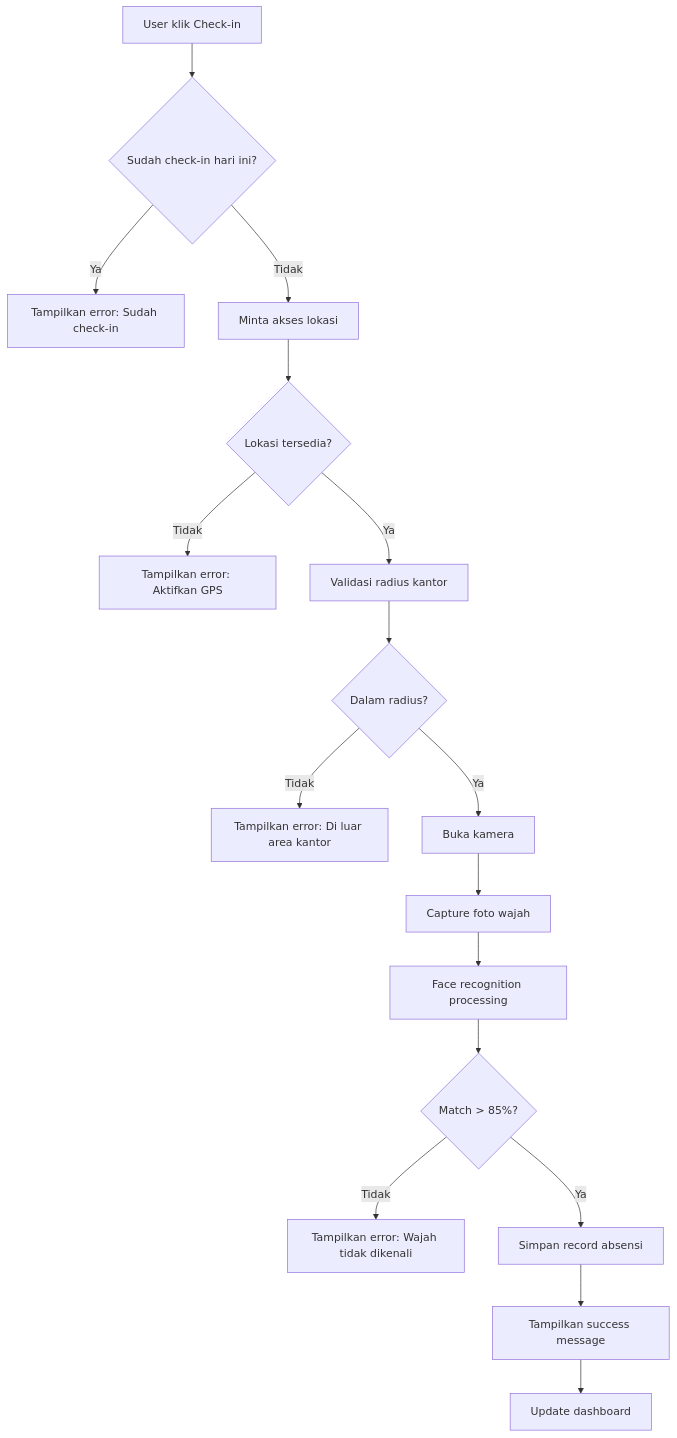
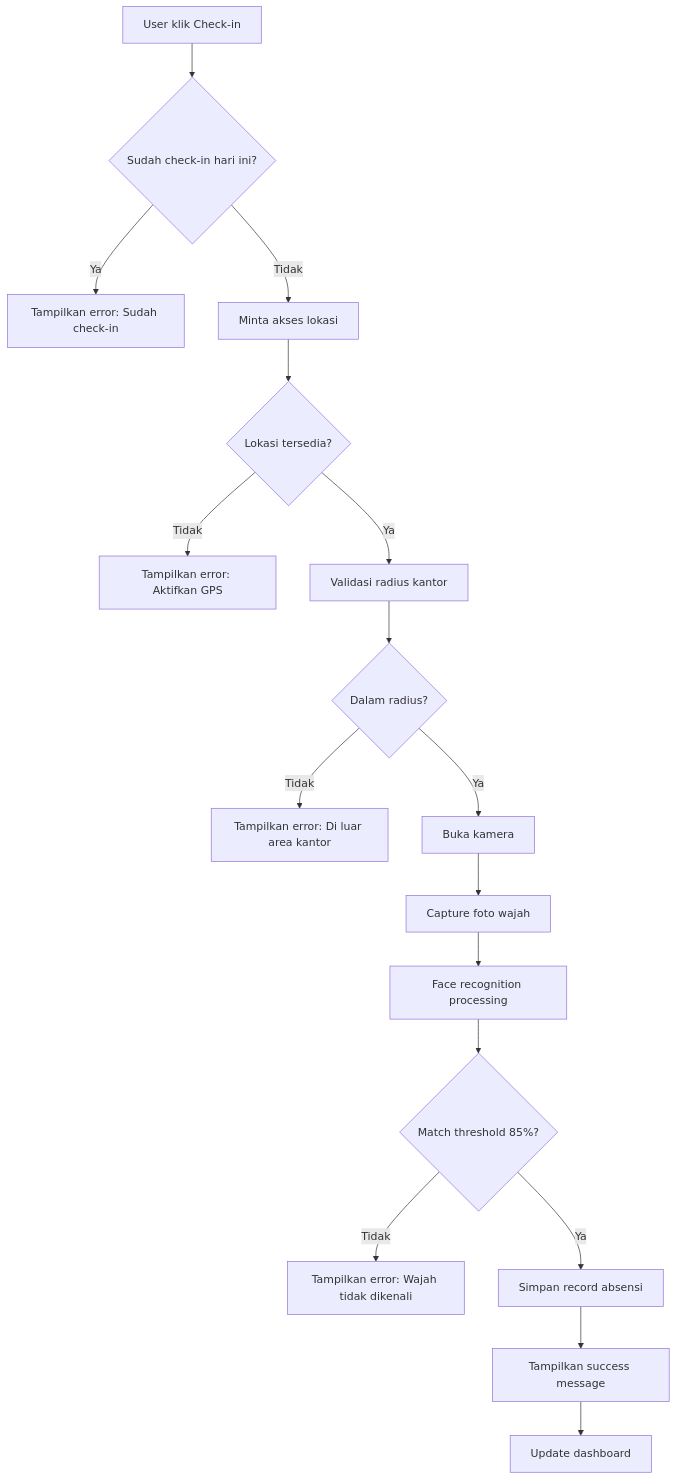
Before and after one commit to reshap0318/HadirYuk: the second of 4 diagrams in docs/02_FSD.md, drawn with Mermaid. The commit also changed other lines of this file and 1 other file, not shown here.

````diff
--- a/docs/02_FSD.md
+++ b/docs/02_FSD.md
@@ -576,19 +625,19 @@
 ```mermaid
 flowchart TD
-    A[User klik Check-in] --> B{Sudah check-in hari ini?}
-    B -->|Ya| C[Tampilkan error: Sudah check-in]
-    B -->|Tidak| D[Minta akses lokasi]
-    D --> E{Lokasi tersedia?}
-    E -->|Tidak| F[Tampilkan error: Aktifkan GPS]
-    E -->|Ya| G[Validasi radius kantor]
-    G --> H{Dalam radius?}
-    H -->|Tidak| I[Tampilkan error: Di luar area kantor]
-    H -->|Ya| J[Buka kamera]
-    J --> K[Capture foto wajah]
-    K --> L[Face recognition processing]
-    L --> M{Match > 85%?}
-    M -->|Tidak| N[Tampilkan error: Wajah tidak dikenali]
-    M -->|Ya| O[Simpan record absensi]
-    O --> P[Tampilkan success message]
-    P --> Q[Update dashboard]
+    A["User klik Check-in"] --> B{"Sudah check-in hari ini?"}
+    B -->|"Ya"| C["Tampilkan error: Sudah check-in"]
+    B -->|"Tidak"| D["Minta akses lokasi"]
+    D --> E{"Lokasi tersedia?"}
+    E -->|"Tidak"| F["Tampilkan error: Aktifkan GPS"]
+    E -->|"Ya"| G["Validasi radius kantor"]
+    G --> H{"Dalam radius?"}
+    H -->|"Tidak"| I["Tampilkan error: Di luar area kantor"]
+    H -->|"Ya"| J["Buka kamera"]
+    J --> K["Capture foto wajah"]
+    K --> L["Face recognition processing"]
+    L --> M{"Match threshold 85%?"}
+    M -->|"Tidak"| N["Tampilkan error: Wajah tidak dikenali"]
+    M -->|"Ya"| O["Simpan record absensi"]
+    O --> P["Tampilkan success message"]
+    P --> Q["Update dashboard"]
 ```
````
